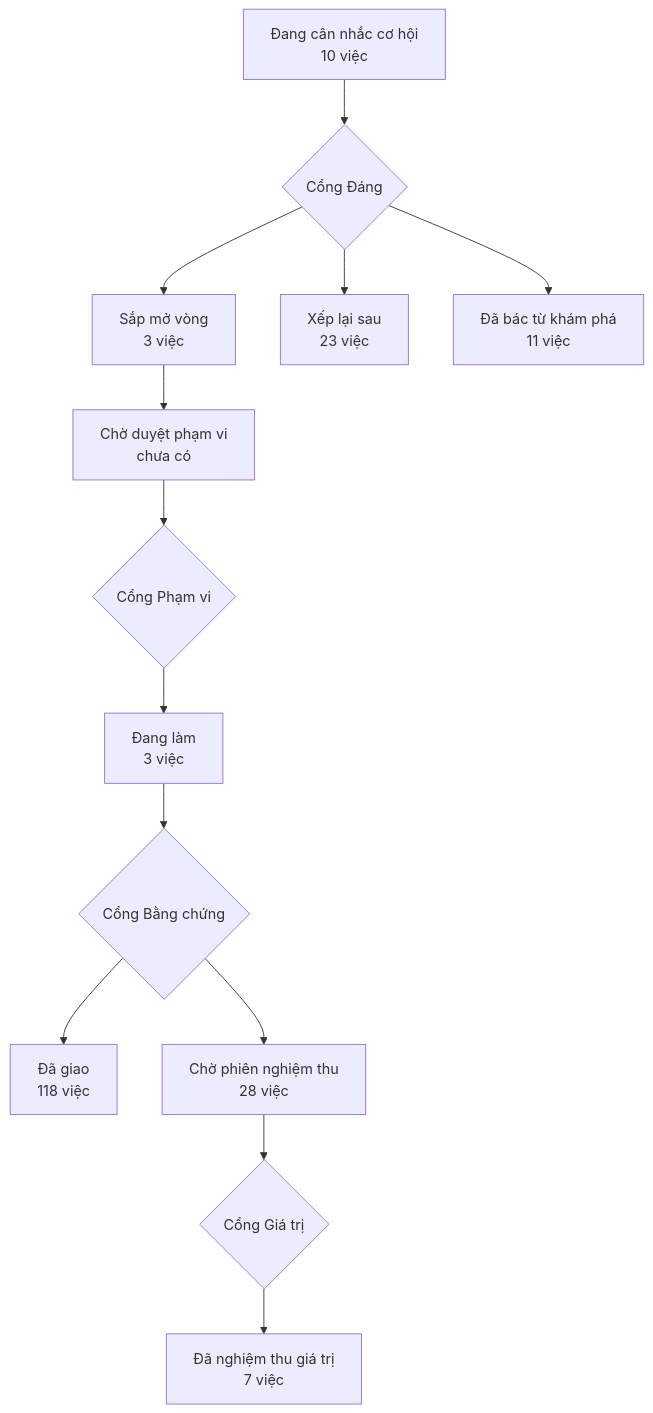
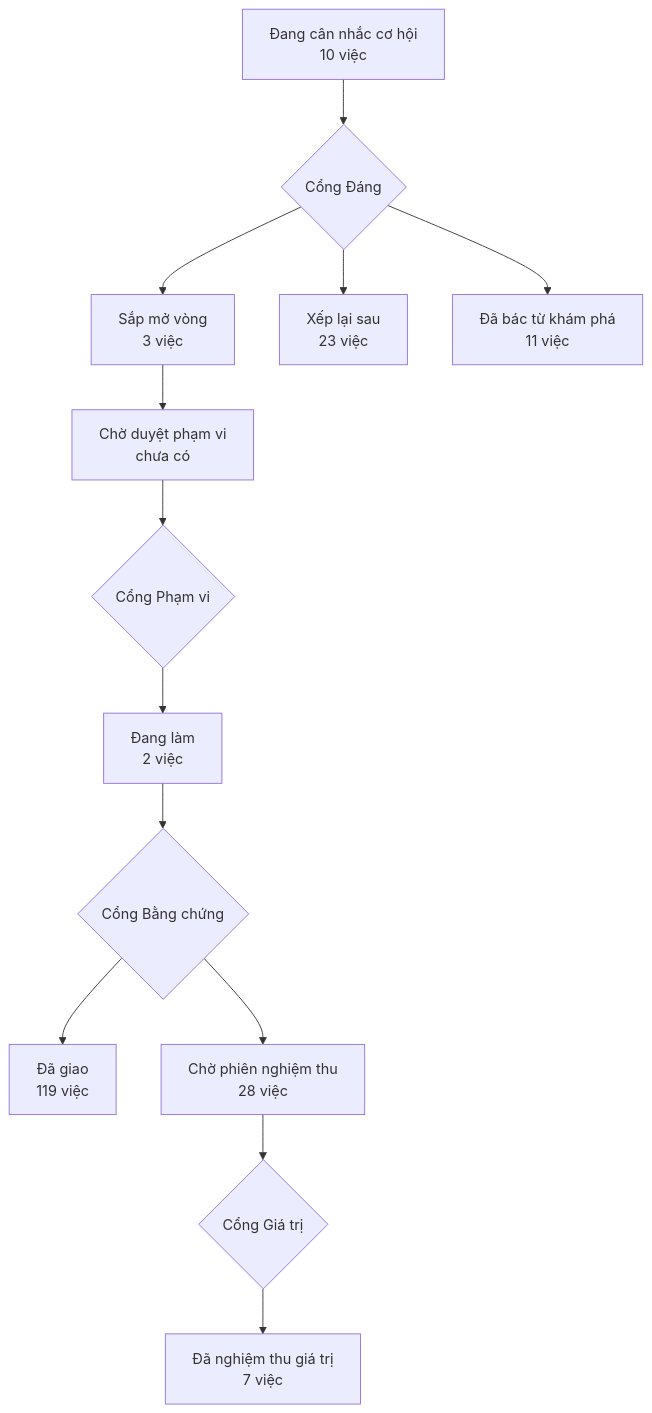
Before and after one commit to phanlemanh/acceptance-gate-kit: the diagram in PRODUCT-MAP.md, drawn with Mermaid. The commit also changed 5 other files, not shown here.

````diff
--- a/PRODUCT-MAP.md
+++ b/PRODUCT-MAP.md
@@ -7,12 +7,12 @@
 ```mermaid
 flowchart TD
   A["Đang cân nhắc cơ hội<br/>10 việc"] --> GD{"Cổng Đáng"}
   GD --> B["Sắp mở vòng<br/>3 việc"]
   GD --> XL["Xếp lại sau<br/>23 việc"]
   GD --> DB["Đã bác từ khám phá<br/>11 việc"]
   B --> CD["Chờ duyệt phạm vi<br/>chưa có"] --> GP{"Cổng Phạm vi"}
-  GP --> DL["Đang làm<br/>3 việc"] --> GB{"Cổng Bằng chứng"}
-  GB --> DG["Đã giao<br/>118 việc"]
+  GP --> DL["Đang làm<br/>2 việc"] --> GB{"Cổng Bằng chứng"}
+  GB --> DG["Đã giao<br/>119 việc"]
   GB --> CN["Chờ phiên nghiệm thu<br/>28 việc"] --> GG{"Cổng Giá trị"}
   GG --> NT["Đã nghiệm thu giá trị<br/>7 việc"]
 ```
````
